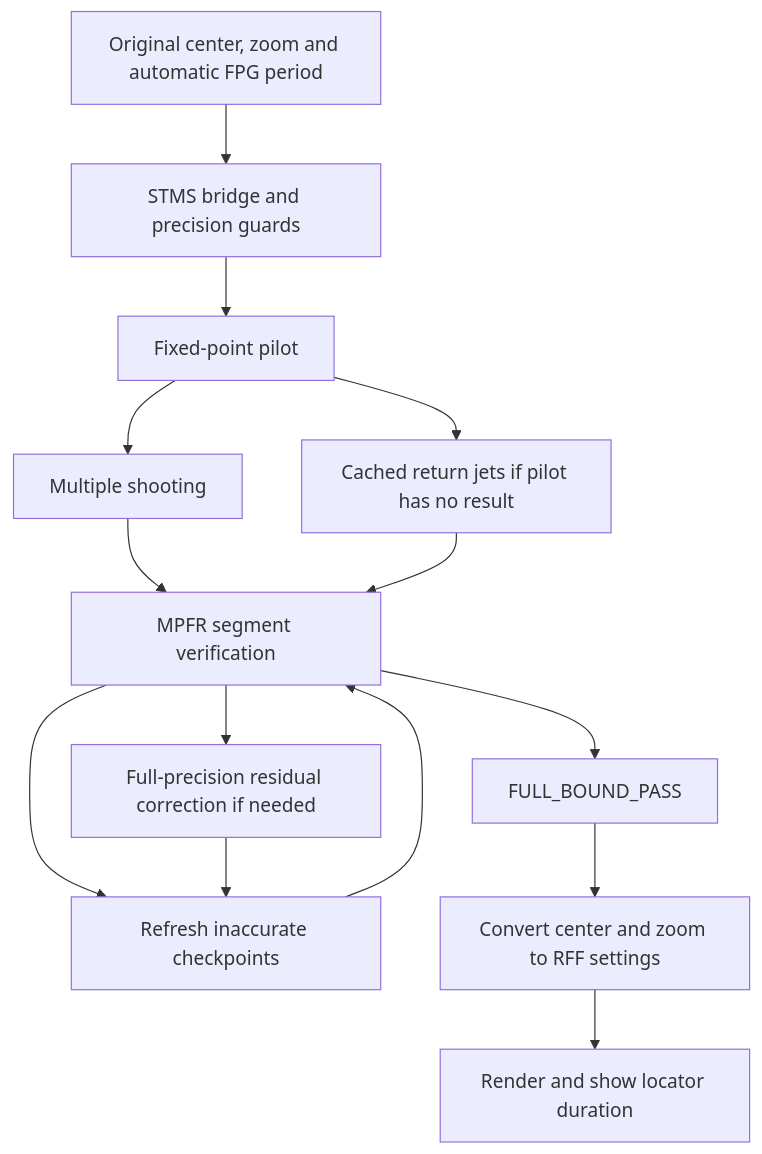
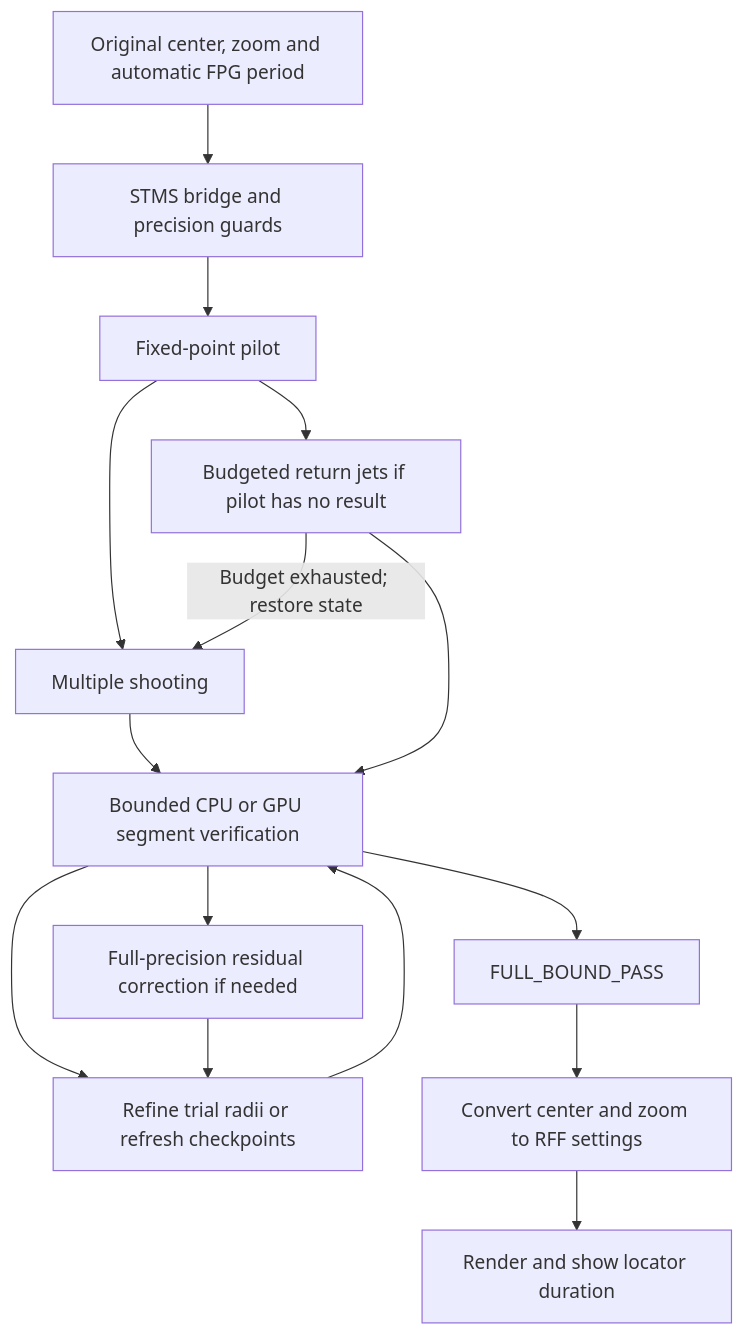
Before and after one commit to superfractal/algorithm: the diagram in About_the_Algorithm.md, drawn with Mermaid. The commit also changed other lines of this file and 64 other files, not shown here.

````diff
--- a/About_the_Algorithm.md
+++ b/About_the_Algorithm.md
@@ -14,16 +17,17 @@
 ```mermaid
 flowchart TD
     A[Original center, zoom and automatic FPG period] --> B[STMS bridge and precision guards]
     B --> C[Fixed-point pilot]
     C --> D[Multiple shooting]
-    C --> E[Cached return jets if pilot has no result]
-    D --> F[MPFR segment verification]
+    C --> E[Budgeted return jets if pilot has no result]
+    E -->|Budget exhausted; restore state| D
+    D --> F[Bounded CPU or GPU segment verification]
     E --> F
-    F --> G[Refresh inaccurate checkpoints]
+    F --> G[Refine trial radii or refresh checkpoints]
     G --> F
     F --> H[Full-precision residual correction if needed]
     H --> G
     F --> I[FULL_BOUND_PASS]
     I --> J[Convert center and zoom to RFF settings]
     J --> K[Render and show locator duration]
 ```
````
